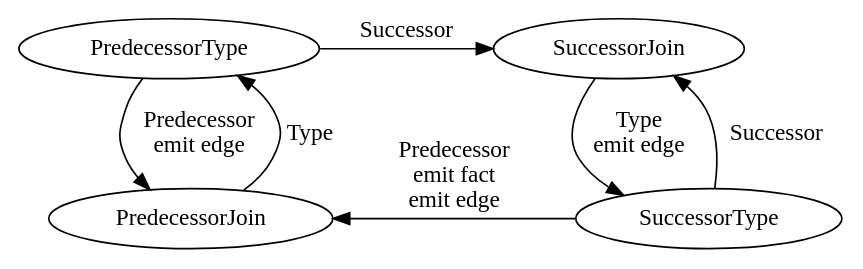
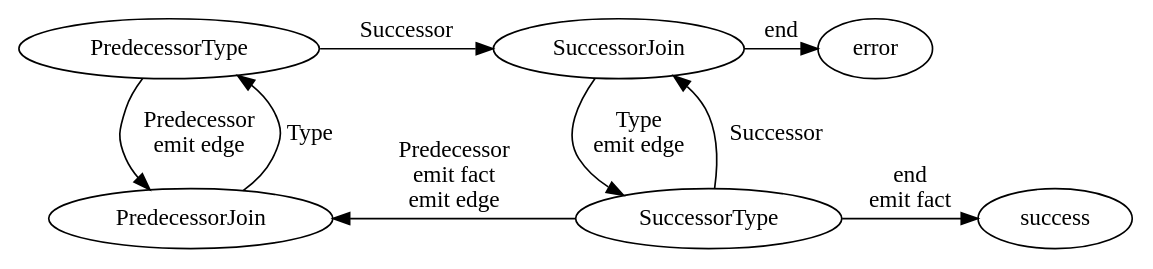
Before and after one commit to jinaga/jinaga.js: the diagram in docs/sql-generator.gv, drawn with Graphviz.

Commit message:
Document terminal transitions

```diff
--- a/docs/sql-generator.gv
+++ b/docs/sql-generator.gv
@@ -1,9 +1,14 @@
 digraph {
     PredecessorType -> PredecessorJoin [label="Predecessor\nemit edge"]
     PredecessorJoin -> PredecessorType [label="Type"]
     PredecessorType -> SuccessorJoin [label="Successor" constraint=false]
 
     SuccessorType -> SuccessorJoin [label="Successor"]
     SuccessorJoin -> SuccessorType [label="Type\nemit edge"]
     SuccessorType -> PredecessorJoin [label="Predecessor\nemit fact\nemit edge" constraint=false]
+
+    SuccessorJoin -> error [label="end" constraint=false]
+    SuccessorType -> success [label="end\nemit fact"]
+
+    {rank=same; SuccessorType; success }
 }
```
